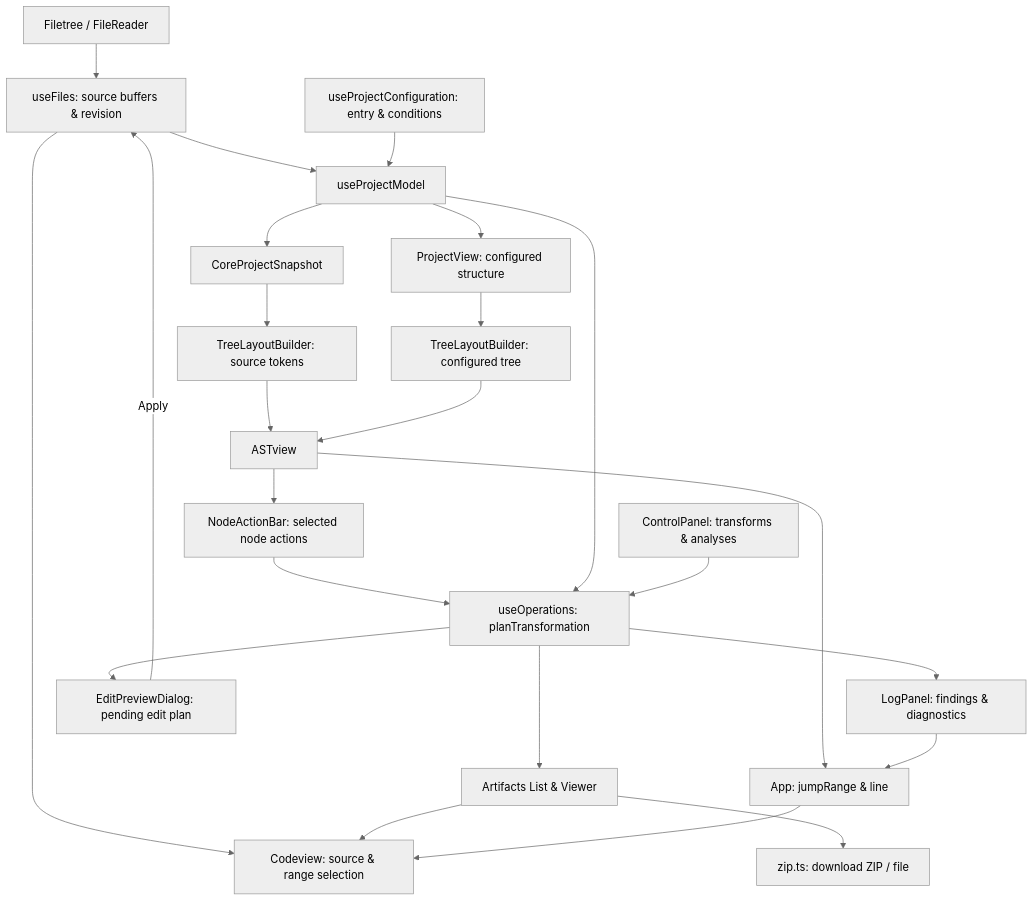
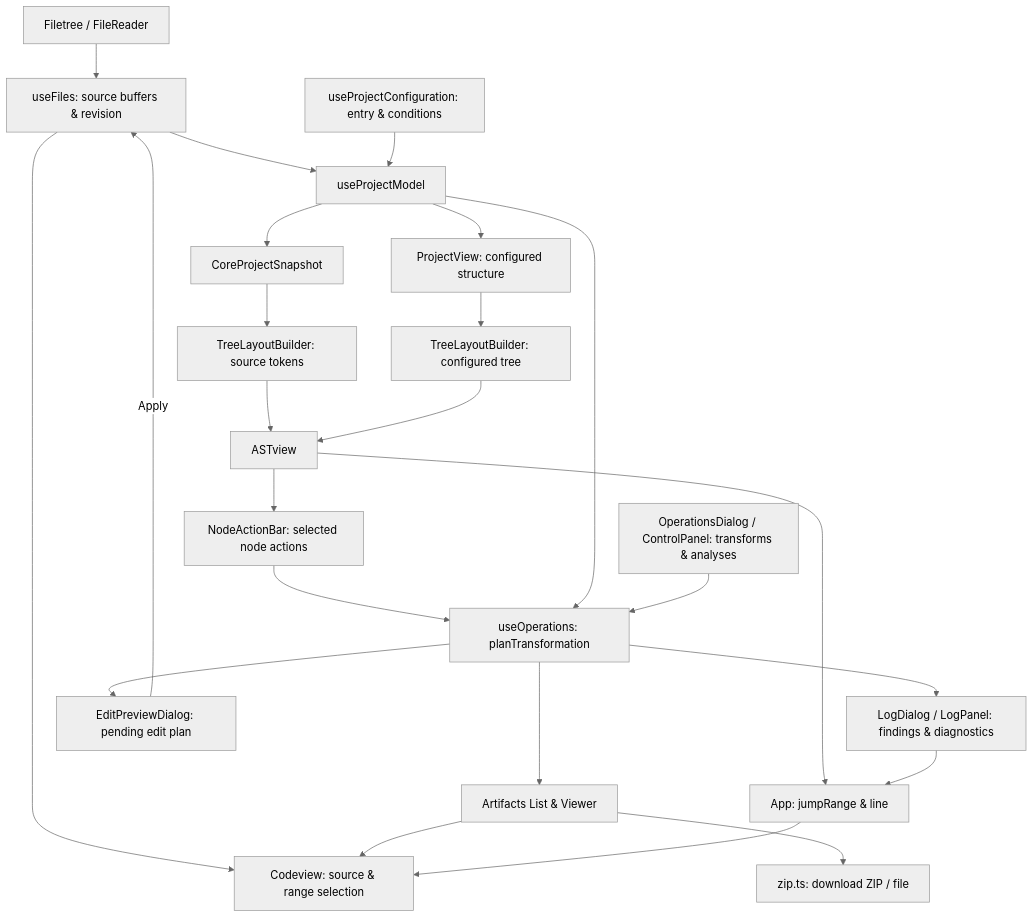
The diagram in docs/architecture.md (preptex/preptex.github.io), drawn with Mermaid (neutral theme) before and after one commit. The commit also changed other lines of this file and 19 other files, not shown here.

````diff
--- a/docs/architecture.md
+++ b/docs/architecture.md
@@ -55,26 +57,26 @@
 ```mermaid
 flowchart TD
   Upload[Filetree / FileReader] --> Files[useFiles: source buffers & revision]
   Files --> Model[useProjectModel]
   Config[useProjectConfiguration: entry & conditions] --> Model
   Model --> Snapshot[CoreProjectSnapshot]
   Model --> View[ProjectView: configured structure]
   Snapshot --> ASTSource[TreeLayoutBuilder: source tokens]
   View --> ASTConfig[TreeLayoutBuilder: configured tree]
   ASTSource --> AST[ASTview]
   ASTConfig --> AST
   AST --> NodeAction[NodeActionBar: selected node actions]
   NodeAction --> Ops[useOperations: planTransformation]
   Model --> Ops
-  Ops --> Log[LogPanel: findings & diagnostics]
+  Ops --> Log[LogDialog / LogPanel: findings & diagnostics]
   Ops --> Dialog[EditPreviewDialog: pending edit plan]
   Dialog -- Apply --> Files
   Ops --> Artifacts[Artifacts List & Viewer]
   Artifacts --> Zip[zip.ts: download ZIP / file]
   Files --> Code[Codeview: source & range selection]
   Artifacts --> Code
   AST --> Jump[App: jumpRange & line]
   Log --> Jump
   Jump --> Code
-  Control[ControlPanel: transforms & analyses] --> Ops
+  Control[OperationsDialog / ControlPanel: transforms & analyses] --> Ops
 ```
````
